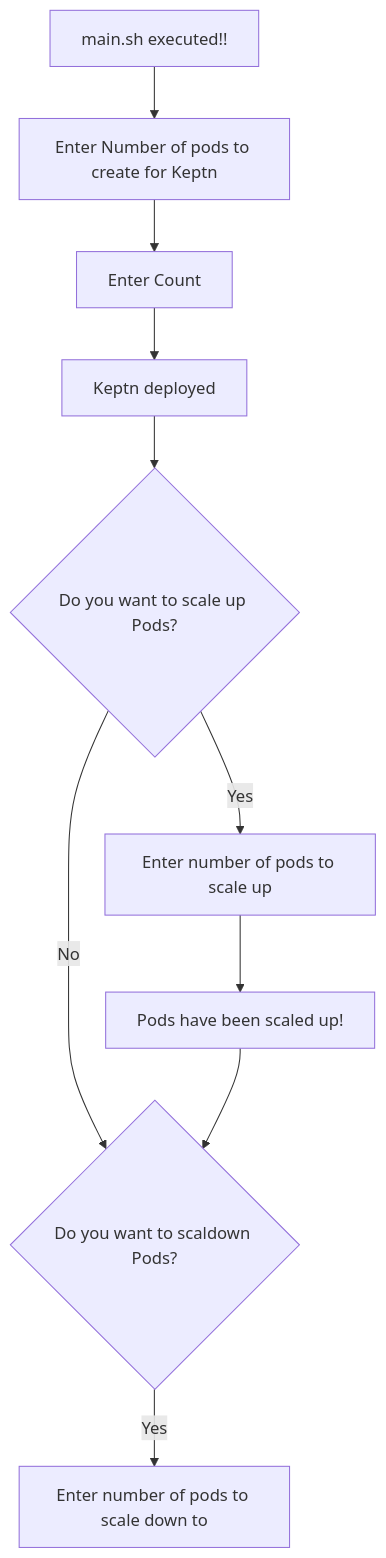
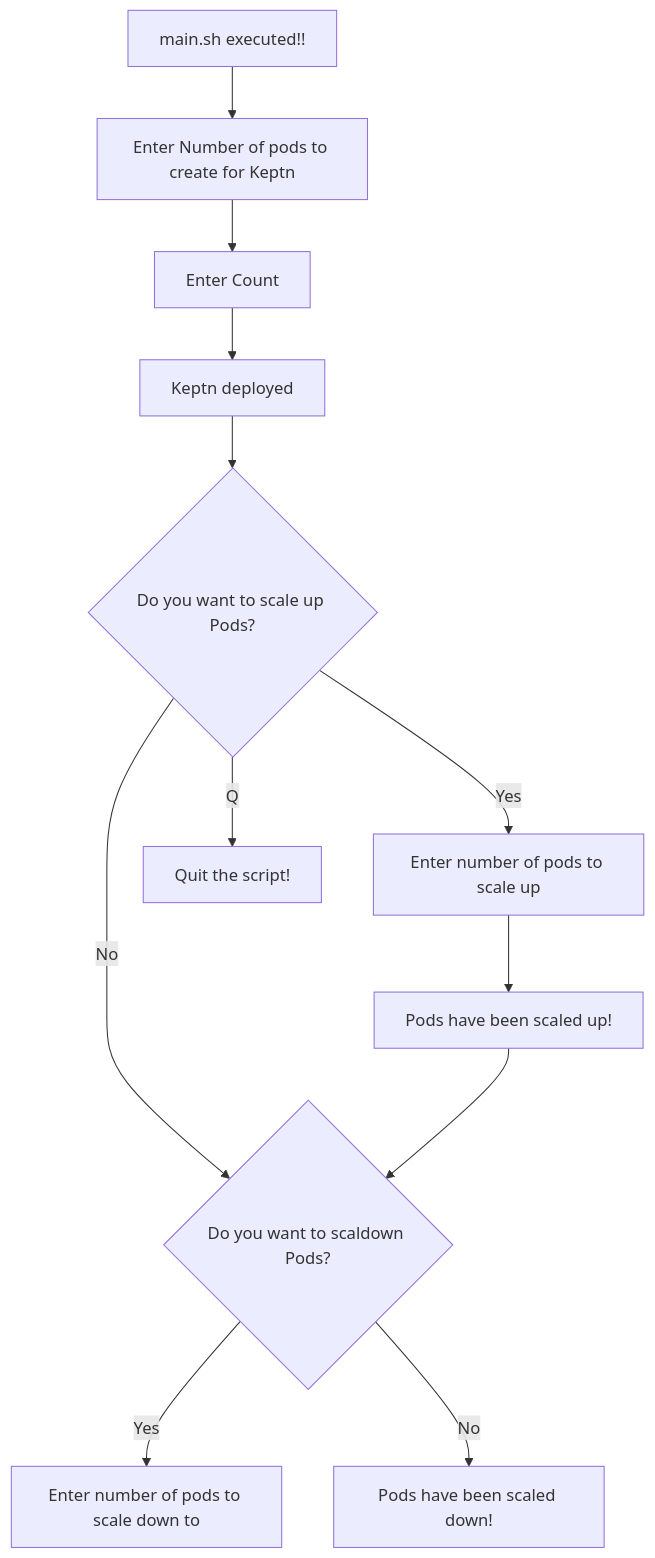
One commit to NashTech-Labs/Deploy-Keptn-using-K8s changed the diagram in README.md. Above: the diagram before and after it, drawn with Mermaid.

Commit message:
Updated Template

````diff
--- a/README.md
+++ b/README.md
@@ -38,15 +38,17 @@
 ```mermaid
 flowchart TD
     A[main.sh executed!!];
     A --> B[Enter Number of pods to create for Keptn];
     B --> C[Enter Count];
     C --> D[Keptn deployed];
     D --> E{Do you want to scale up Pods?};
     E -- Yes --> F[Enter number of pods to scale up];
     F --> G[Pods have been scaled up!]
     E -- No --> H{Do you want to scaldown Pods?};
+    E -- Q --> Z[Quit the script!];
     G --> H{Do you want to scaldown Pods?};
     H -- Yes --> I[Enter number of pods to scale down to];
+    H -- No --> J[Pods have been scaled down!];
 
 
 ```
````
